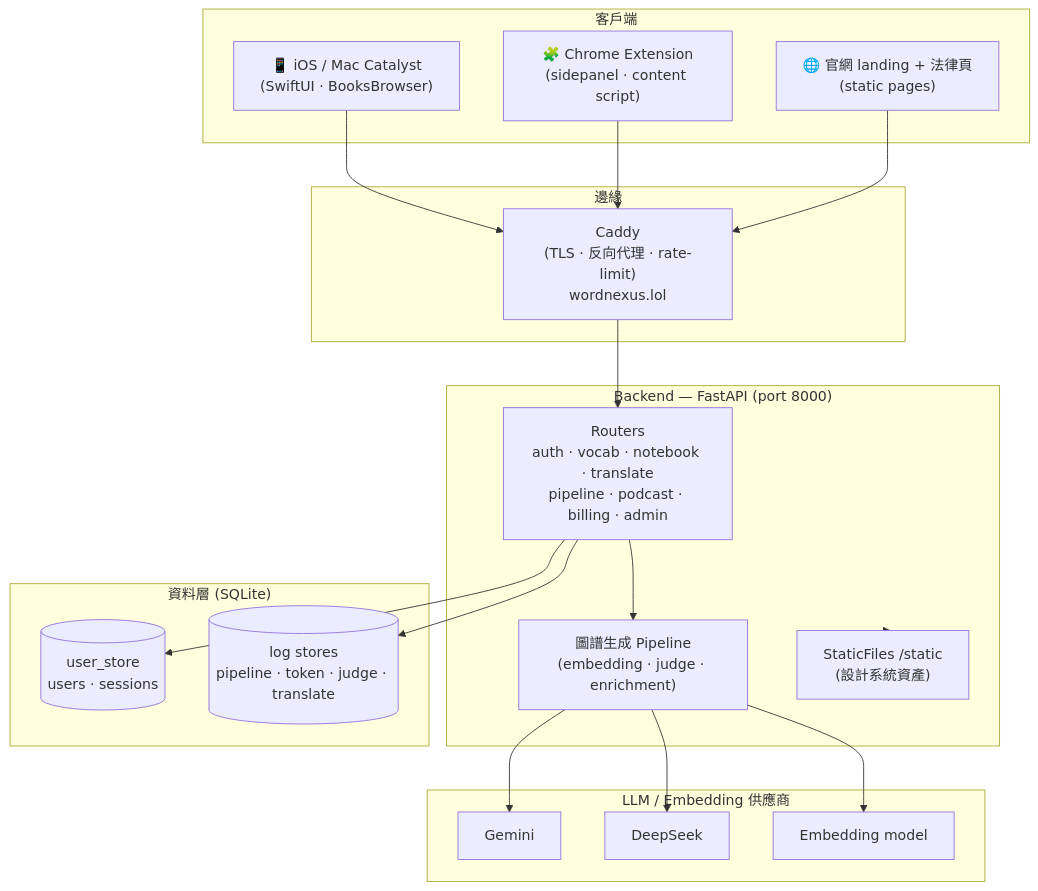
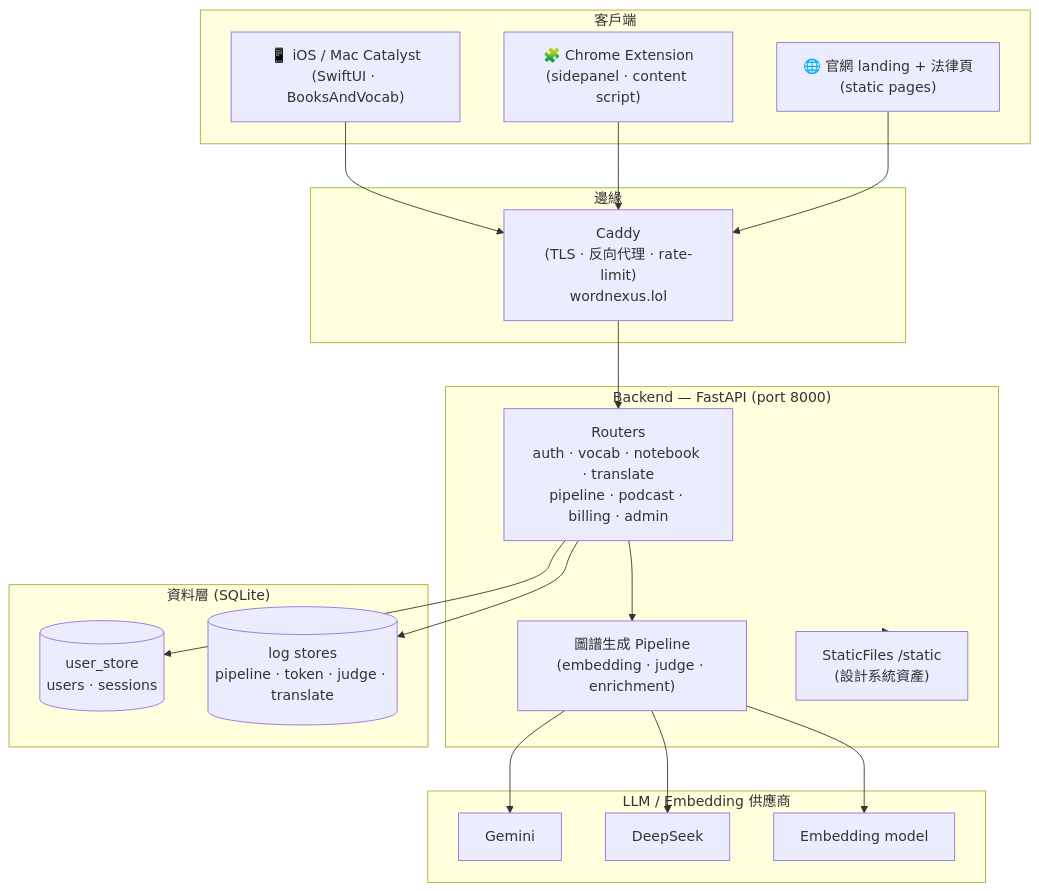
One commit to Books-Vocab/Books-Vocab changed the first of 2 diagrams in README.md. Above: the diagram before and after it, drawn with Mermaid. The commit also changed 963 other files, not shown here.

Commit message:
ios: rename internal app identity to BooksAndVocab

````diff
--- a/README.md
+++ b/README.md
@@ -13,41 +13,41 @@
 ```mermaid
 flowchart TB
     subgraph Clients["客戶端"]
-        iOS["📱 iOS / Mac Catalyst<br/>(SwiftUI · BooksBrowser)"]
+        iOS["📱 iOS / Mac Catalyst<br/>(SwiftUI · BooksAndVocab)"]
         Chrome["🧩 Chrome Extension<br/>(sidepanel · content script)"]
         Web["🌐 官網 landing + 法律頁<br/>(static pages)"]
     end
 
     subgraph Edge["邊緣"]
         Caddy["Caddy<br/>(TLS · 反向代理 · rate-limit)<br/>wordnexus.lol"]
     end
 
     subgraph Backend["Backend — FastAPI (port 8000)"]
         Routers["Routers<br/>auth · vocab · notebook · translate<br/>pipeline · podcast · billing · admin"]
         Pipeline["圖譜生成 Pipeline<br/>(embedding · judge · enrichment)"]
         Static["StaticFiles /static<br/>(設計系統資產)"]
     end
 
     subgraph Data["資料層 (SQLite)"]
         UserDB[("user_store<br/>users · sessions")]
         LogDB[("log stores<br/>pipeline · token · judge · translate")]
     end
 
     subgraph LLM["LLM / Embedding 供應商"]
         Gemini["Gemini"]
         DeepSeek["DeepSeek"]
         Embed["Embedding model"]
     end
 
     iOS --> Caddy
     Chrome --> Caddy
     Web --> Caddy
     Caddy --> Routers
     Routers --> Pipeline
     Routers --> UserDB
     Routers --> LogDB
     Pipeline --> Gemini
     Pipeline --> DeepSeek
     Pipeline --> Embed
     Backend --> Static
 ```
````
